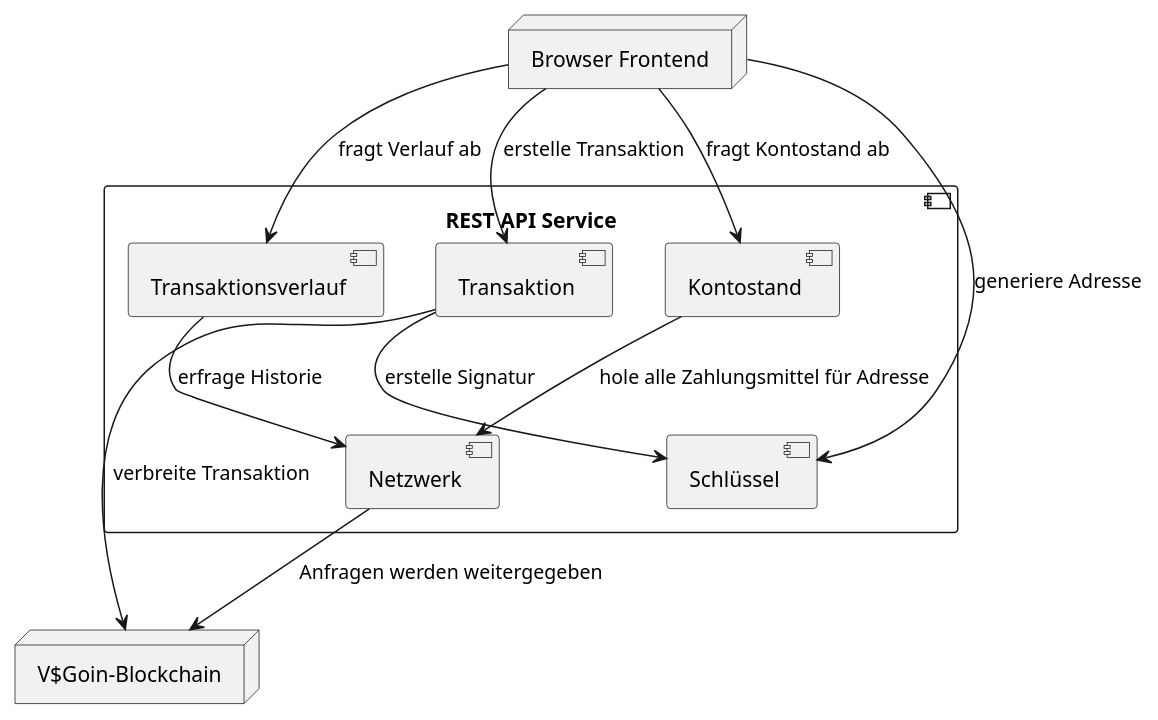
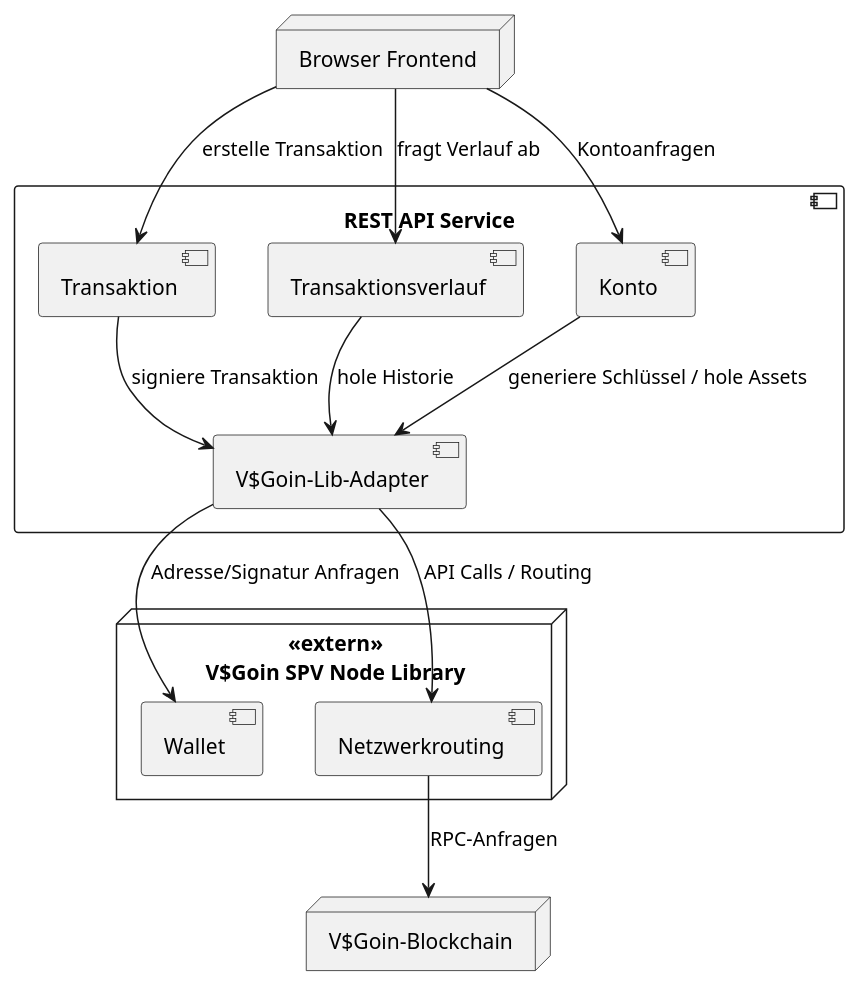
The second of 4 diagrams in docs/arc42/arc42-Api/API.md (bjoern621/VSP-Blockchain), drawn with PlantUML before and after one commit. The commit also changed other lines of this file, not shown here.

`````diff
--- a/docs/arc42/arc42-Api/API.md
+++ b/docs/arc42/arc42-Api/API.md
@@ -182,27 +181,56 @@
 ````plantuml
 @startuml
 node "Browser Frontend" as browser
+
+' =====================
+'   System Boundary
+' =====================
 component "REST API Service" as api {
-component "Transaktion" as transaction
-component "Transaktionsverlauf" as verlauf
-component "Kontostand" as konto
-component "Netzwerk" as network
-component "Schlüssel" as Keys
-verlauf --> network: erfrage Historie
-konto --> network:  hole alle Zahlungsmittel für Adresse
-transaction --> Keys: erstelle Signatur
+
+    component "Transaktion" as transaction
+    component "Transaktionsverlauf" as verlauf
+    component "Konto" as konto
+    component "V$Goin-Lib-Adapter" as adapter
 }
+
+' =====================
+'   External Library
+' =====================
+node "<<extern>>\nV$Goin SPV Node Library" as lib {
+    component "Wallet" as libWallet
+    component "Netzwerkrouting" as libNet
+}
+
+' =====================
+'   External Blockchain
+' =====================
 node "V$Goin-Blockchain" as blockChain
 
 
-'Browser zu Server
-browser -down-> transaction: erstelle Transaktion
+' ---------------------------------------------
+' Browser → System
+' ---------------------------------------------
+browser --> transaction : erstelle Transaktion
 browser --> verlauf : fragt Verlauf ab
-browser --> konto : fragt Kontostand ab
-browser --> Keys : generiere Adresse 
+browser --> konto : Kontoanfragen
 
-'Server zu Blockchain
-transaction -down--> blockChain: verbreite Transaktion
-network -> blockChain: Anfragen werden weitergegeben
+' ---------------------------------------------
+' System intern
+' ---------------------------------------------
+transaction --> adapter : signiere Transaktion
+verlauf     --> adapter : hole Historie
+konto     --> adapter : generiere Schlüssel / hole Assets
+
+' ---------------------------------------------
+' Adapter → Library
+' ---------------------------------------------
+adapter --> libWallet : Adresse/Signatur Anfragen
+adapter --> libNet  : API Calls / Routing
+
+' ---------------------------------------------
+' Library → Blockchain
+' ---------------------------------------------
+libNet --> blockChain : RPC-Anfragen
+
 @enduml
 ````
`````
